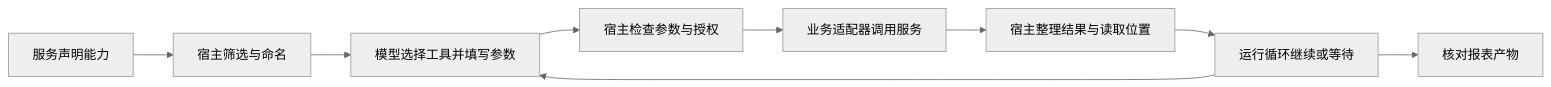
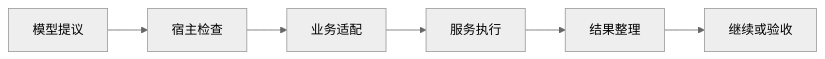
Before and after one commit to Mar-garet/agent-book: the diagram in book/16-mcp-host-differences.md, drawn with Mermaid (neutral theme). The commit also changed other lines of this file and 47 other files, not shown here.

````diff
--- a/book/16-mcp-host-differences.md
+++ b/book/16-mcp-host-differences.md
@@ -22,12 +13,9 @@
 ```mermaid
-%% 从工具目录到报表验收的责任链
+%% 一次动作经过哪些责任位置
 flowchart LR
-    S[服务声明能力] --> H[宿主筛选与命名]
-    H --> M[模型选择工具并填写参数]
-    M --> P[宿主检查参数与授权]
-    P --> A[业务适配器调用服务]
-    A --> R[宿主整理结果与读取位置]
-    R --> D[运行循环继续或等待]
-    D --> V[核对报表产物]
-    D --> M
+    M[模型提议] --> H[宿主检查]
+    H --> A[业务适配]
+    A --> S[服务执行]
+    S --> R[结果整理]
+    R --> V[继续或验收]
 ```
````
